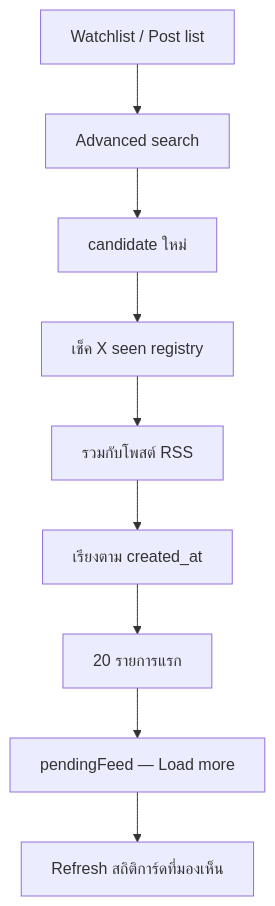
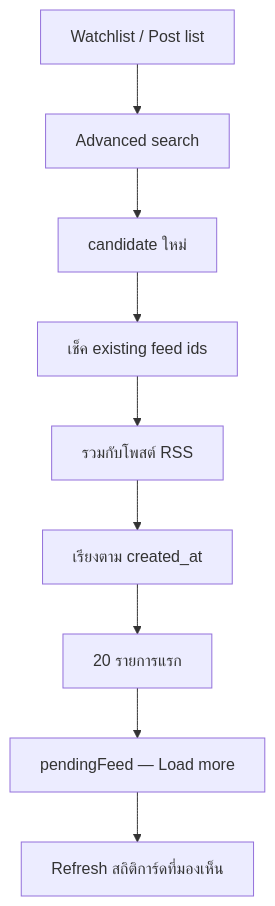
The second of 2 diagrams in docs/architecture/feed-search.md (thefogusz/test), drawn with Mermaid before and after one commit. The commit also changed other lines of this file and 11 other files, not shown here.

````diff
--- a/docs/architecture/feed-search.md
+++ b/docs/architecture/feed-search.md
@@ -32,11 +32,11 @@
 ```mermaid
 flowchart TD
   A[Watchlist / Post list] --> B[Advanced search]
   B --> C[candidate ใหม่]
-  C --> D[เช็ค X seen registry]
+  C --> D[เช็ค existing feed ids]
   D --> E[รวมกับโพสต์ RSS]
   E --> F[เรียงตาม created_at]
   F --> G[20 รายการแรก]
   G --> H[pendingFeed — Load more]
   H --> I[Refresh สถิติการ์ดที่มองเห็น]
 ```
````
